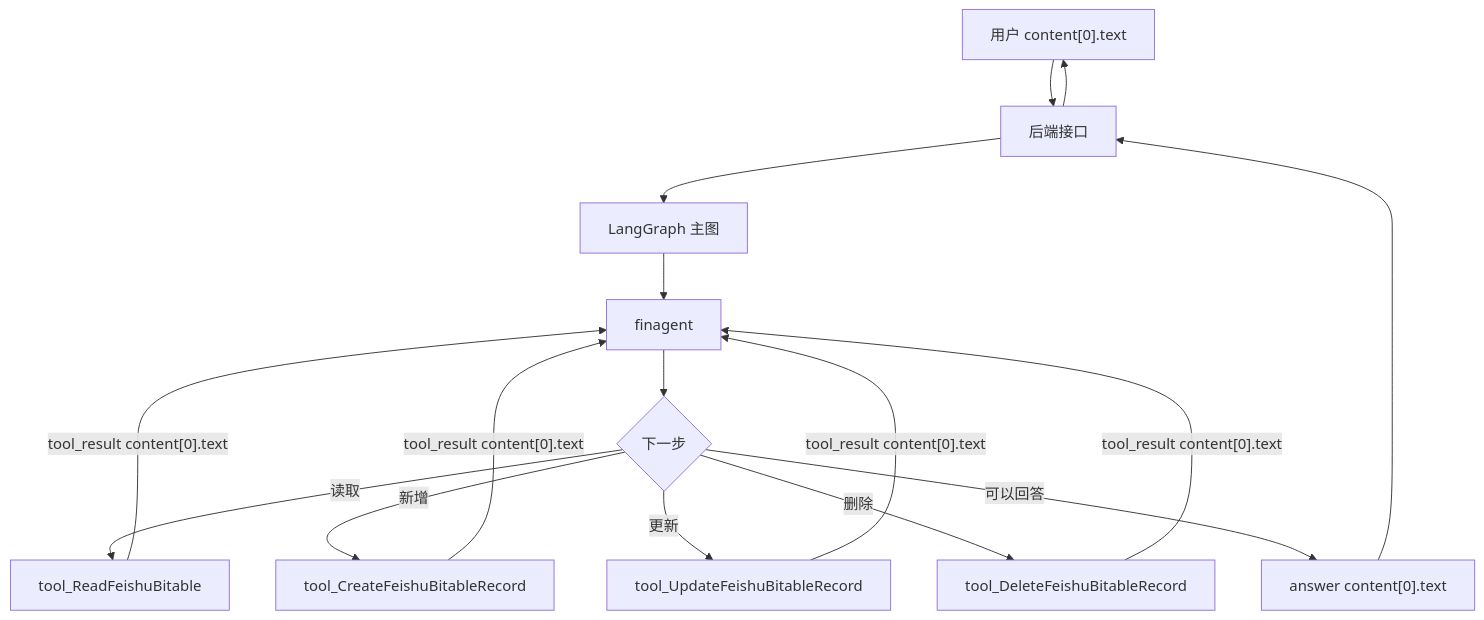
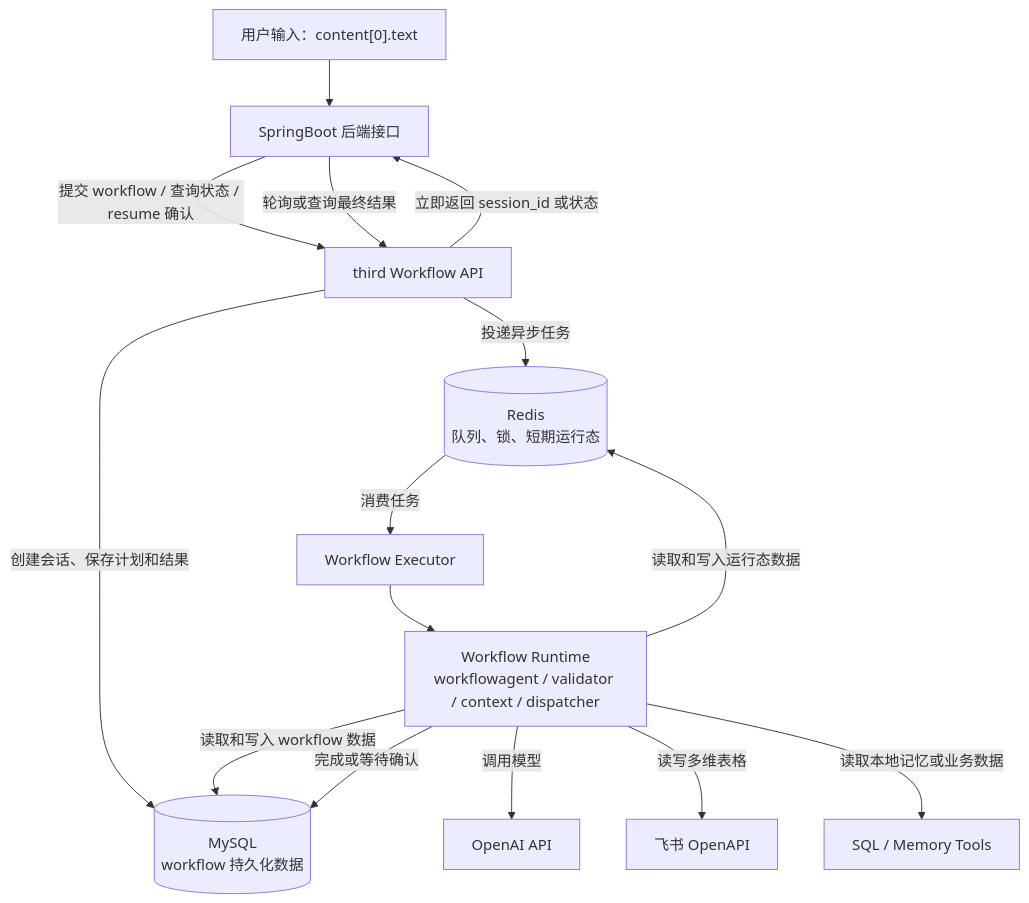
The diagram in third/docs/总架构图.md (246706510miao-svg/for-mygirl), drawn with Mermaid before and after one commit. The commit also changed other lines of this file and 3 other files, not shown here.

Commit message:
03计划架构图

````diff
--- a/third/docs/总架构图.md
+++ b/third/docs/总架构图.md
@@ -1,21 +5,22 @@
 ```mermaid
 flowchart TD
-    U["用户 content[0].text"] --> BE["后端接口"]
-    BE --> G["LangGraph 主图"]
+    U["用户输入：content[0].text"] --> BE["SpringBoot 后端接口"]
 
-    G --> FA["finagent"]
-    FA --> D{"下一步"}
+    BE -->|"提交 workflow / 查询状态 / resume 确认"| API["third Workflow API"]
+    API -->|"立即返回 session_id 或状态"| BE
 
-    D -->|"读取"| TR["tool_ReadFeishuBitable"]
-    D -->|"新增"| TC["tool_CreateFeishuBitableRecord"]
-    D -->|"更新"| TU["tool_UpdateFeishuBitableRecord"]
-    D -->|"删除"| TD["tool_DeleteFeishuBitableRecord"]
-    D -->|"可以回答"| A["answer content[0].text"]
+    API -->|"创建会话、保存计划和结果"| MY[("MySQL<br/>workflow 持久化数据")]
+    API -->|"投递异步任务"| RD[("Redis<br/>队列、锁、短期运行态")]
 
-    TR -->|"tool_result content[0].text"| FA
-    TC -->|"tool_result content[0].text"| FA
-    TU -->|"tool_result content[0].text"| FA
-    TD -->|"tool_result content[0].text"| FA
-    A --> BE
-    BE --> U
+    RD -->|"消费任务"| EX["Workflow Executor"]
+    EX --> CORE["Workflow Runtime<br/>workflowagent / validator / context / dispatcher"]
+
+    CORE -->|"读取和写入 workflow 数据"| MY
+    CORE -->|"读取和写入运行态数据"| RD
+    CORE -->|"调用模型"| OAI["OpenAI API"]
+    CORE -->|"读写多维表格"| FS["飞书 OpenAPI"]
+    CORE -->|"读取本地记忆或业务数据"| SQL["SQL / Memory Tools"]
+
+    CORE -->|"完成或等待确认"| MY
+    BE -->|"轮询或查询最终结果"| API
 ```
````
